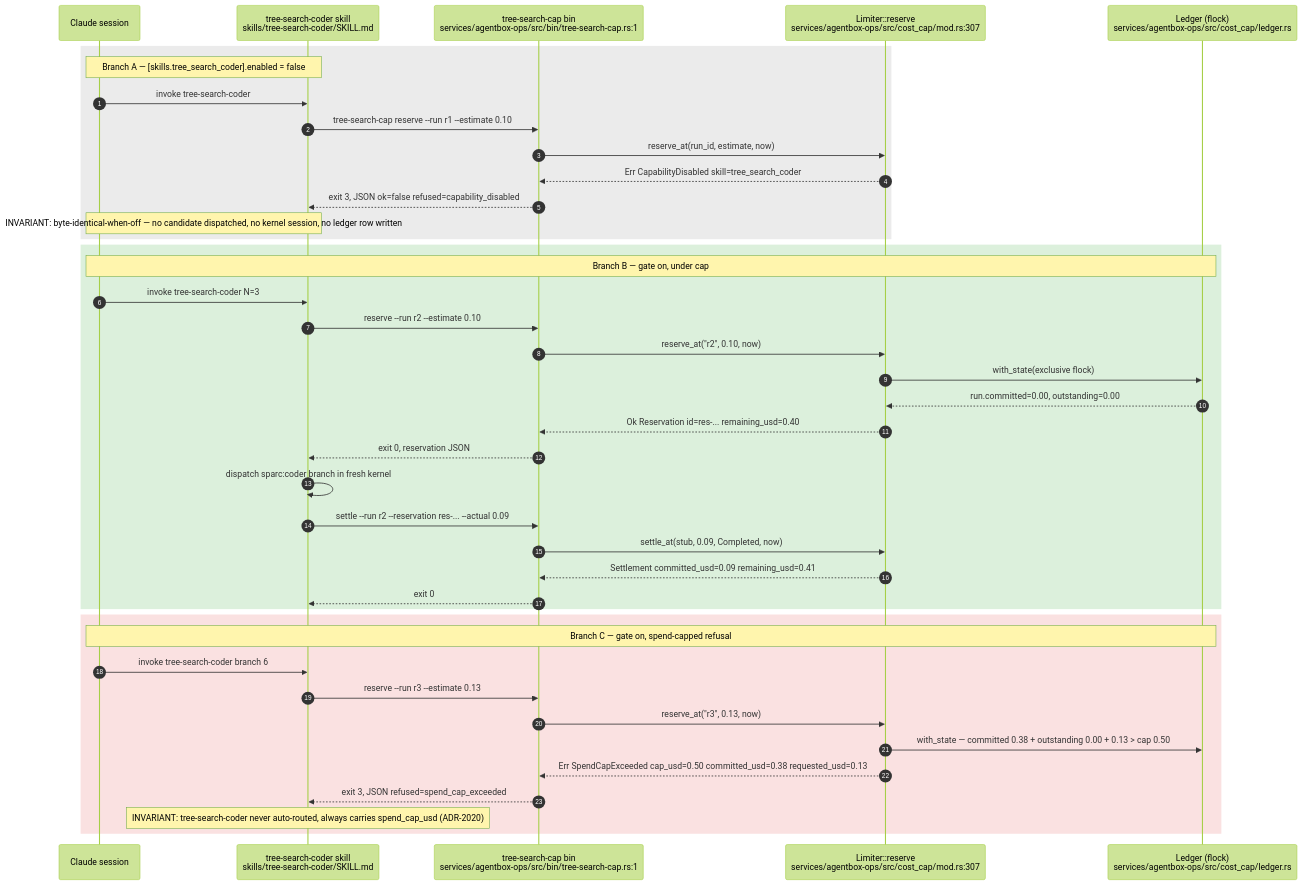
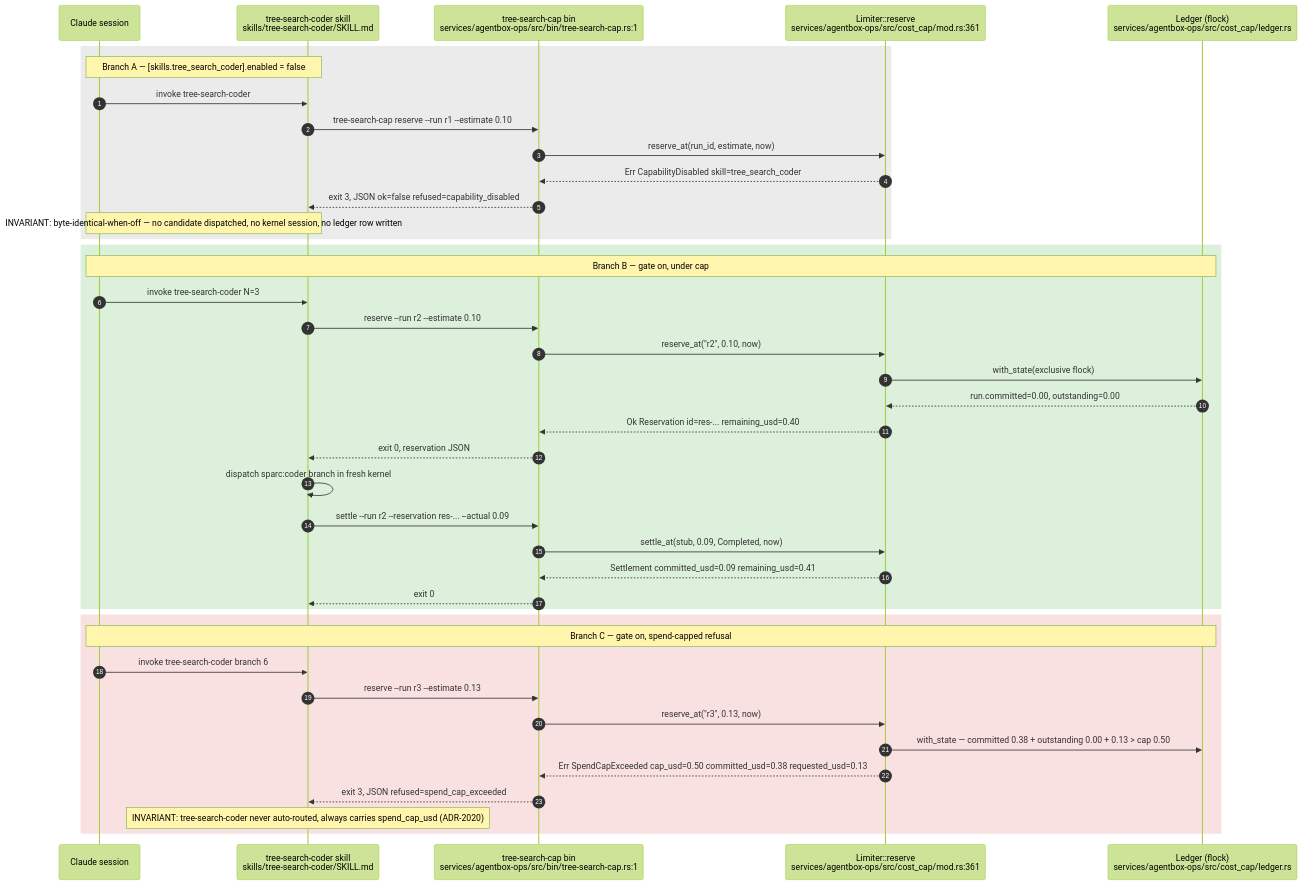
Before and after one commit to DreamLab-AI/AR-AI-Knowledge-Graph: the second of 13 diagrams in docs/diagrams/agentbox/15-capability-gating-spend-consultants.md, drawn with Mermaid (forest theme). The commit also changed 36 other files, not shown here.

````diff
--- a/docs/diagrams/agentbox/15-capability-gating-spend-consultants.md
+++ b/docs/diagrams/agentbox/15-capability-gating-spend-consultants.md
@@ -97,46 +97,46 @@
 ```mermaid
 sequenceDiagram
     autonumber
     participant Agent as Claude session
     participant Skill as tree-search-coder skill<br/>skills/tree-search-coder/SKILL.md
     participant CLI as tree-search-cap bin<br/>services/agentbox-ops/src/bin/tree-search-cap.rs:1
-    participant Limiter as Limiter::reserve<br/>services/agentbox-ops/src/cost_cap/mod.rs:307
+    participant Limiter as Limiter::reserve<br/>services/agentbox-ops/src/cost_cap/mod.rs:361
     participant Ledger as Ledger #40;flock#41;<br/>services/agentbox-ops/src/cost_cap/ledger.rs
 
     rect rgb(235,235,235)
     Note over Agent,Skill: Branch A — [skills.tree_search_coder].enabled = false
     Agent->>Skill: invoke tree-search-coder
     Skill->>CLI: tree-search-cap reserve --run r1 --estimate 0.10
     CLI->>Limiter: reserve_at#40;run_id, estimate, now#41;
     Limiter-->>CLI: Err CapabilityDisabled skill=tree_search_coder
     CLI-->>Skill: exit 3, JSON ok=false refused=capability_disabled
     Note over Skill,Agent: INVARIANT: byte-identical-when-off — no candidate dispatched, no kernel session, no ledger row written
     end
 
     rect rgb(220,240,220)
     Note over Agent,Ledger: Branch B — gate on, under cap
     Agent->>Skill: invoke tree-search-coder N=3
     Skill->>CLI: reserve --run r2 --estimate 0.10
     CLI->>Limiter: reserve_at#40;"r2", 0.10, now#41;
     Limiter->>Ledger: with_state#40;exclusive flock#41;
     Ledger-->>Limiter: run.committed=0.00, outstanding=0.00
     Limiter-->>CLI: Ok Reservation id=res-... remaining_usd=0.40
     CLI-->>Skill: exit 0, reservation JSON
     Skill->>Skill: dispatch sparc:coder branch in fresh kernel
     Skill->>CLI: settle --run r2 --reservation res-... --actual 0.09
     CLI->>Limiter: settle_at#40;stub, 0.09, Completed, now#41;
     Limiter-->>CLI: Settlement committed_usd=0.09 remaining_usd=0.41
     CLI-->>Skill: exit 0
     end
 
     rect rgb(250,225,225)
     Note over Agent,Ledger: Branch C — gate on, spend-capped refusal
     Agent->>Skill: invoke tree-search-coder branch 6
     Skill->>CLI: reserve --run r3 --estimate 0.13
     CLI->>Limiter: reserve_at#40;"r3", 0.13, now#41;
     Limiter->>Ledger: with_state — committed 0.38 + outstanding 0.00 + 0.13 #62; cap 0.50
     Limiter-->>CLI: Err SpendCapExceeded cap_usd=0.50 committed_usd=0.38 requested_usd=0.13
     CLI-->>Skill: exit 3, JSON refused=spend_cap_exceeded
     Note over Skill: INVARIANT: tree-search-coder never auto-routed, always carries spend_cap_usd (ADR-2020)
     end
 ```
````
